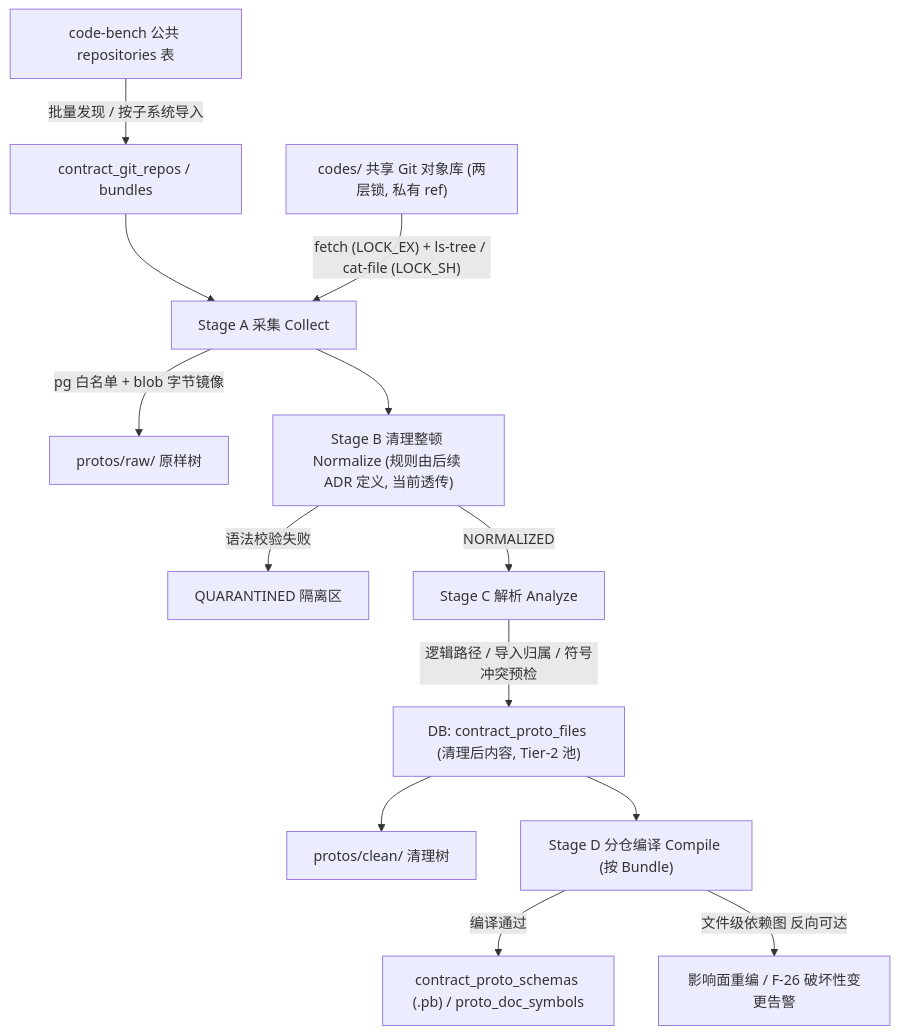
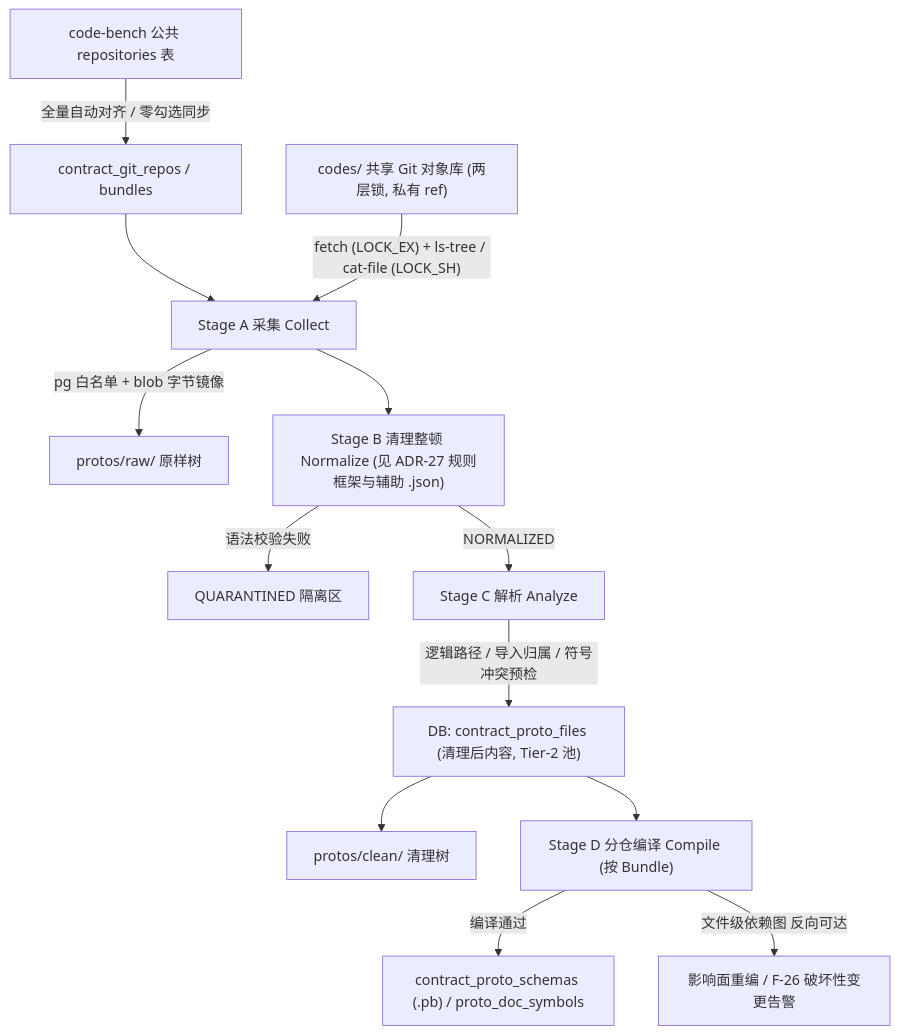
One commit to fugui/code-contract changed the diagram in docs/05-adr/26-shared-git-cache-and-subsystem-proto-tree-adr.md. Above: the diagram before and after it, drawn with Mermaid. The commit also changed other lines of this file and 2 other files, not shown here.

Commit message:
docs: 修订 ADR-26 (r4) 并新增 ADR-27，收口平台唯一真值源、500+ 全量同步与导出后治理设计

````diff
--- a/docs/05-adr/26-shared-git-cache-and-subsystem-proto-tree-adr.md
+++ b/docs/05-adr/26-shared-git-cache-and-subsystem-proto-tree-adr.md
@@ -124,15 +127,15 @@
 ```mermaid
 flowchart TD
-    Bench["code-bench 公共 repositories 表"] -->|"批量发现 / 按子系统导入"| RepoCfg["contract_git_repos / bundles"]
+    Bench["code-bench 公共 repositories 表"] -->|"全量自动对齐 / 零勾选同步"| RepoCfg["contract_git_repos / bundles"]
     RepoCfg --> A["Stage A 采集 Collect"]
     GitObj["codes/ 共享 Git 对象库 (两层锁, 私有 ref)"] -->|"fetch (LOCK_EX) + ls-tree / cat-file (LOCK_SH)"| A
     A -->|"pg 白名单 + blob 字节镜像"| Raw["protos/raw/ 原样树"]
-    A --> B["Stage B 清理整顿 Normalize (规则由后续 ADR 定义, 当前透传)"]
+    A --> B["Stage B 清理整顿 Normalize (见 ADR-27 规则框架与辅助 .json)"]
     B -->|"语法校验失败"| Q["QUARANTINED 隔离区"]
     B -->|"NORMALIZED"| C["Stage C 解析 Analyze"]
     C -->|"逻辑路径 / 导入归属 / 符号冲突预检"| DB["DB: contract_proto_files (清理后内容, Tier-2 池)"]
     DB --> Clean["protos/clean/ 清理树"]
     DB --> D["Stage D 分仓编译 Compile (按 Bundle)"]
     D -->|"编译通过"| Schemas["contract_proto_schemas (.pb) / proto_doc_symbols"]
     D -->|"文件级依赖图 反向可达"| Blast["影响面重编 / F-26 破坏性变更告警"]
 ```
````
